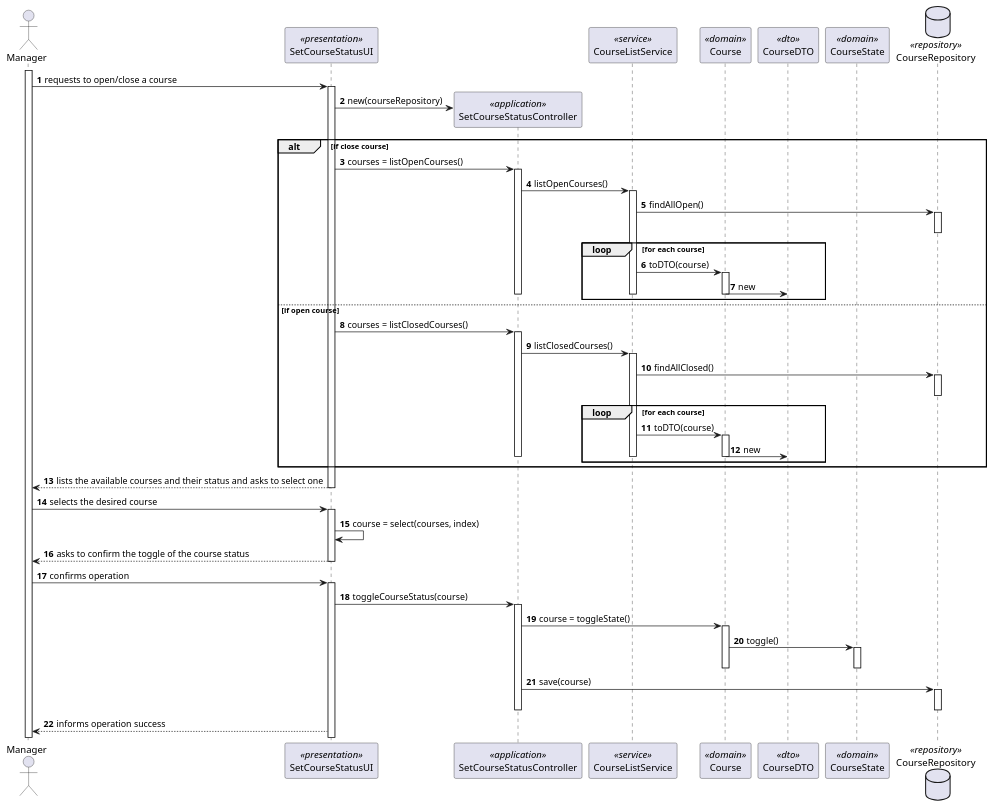
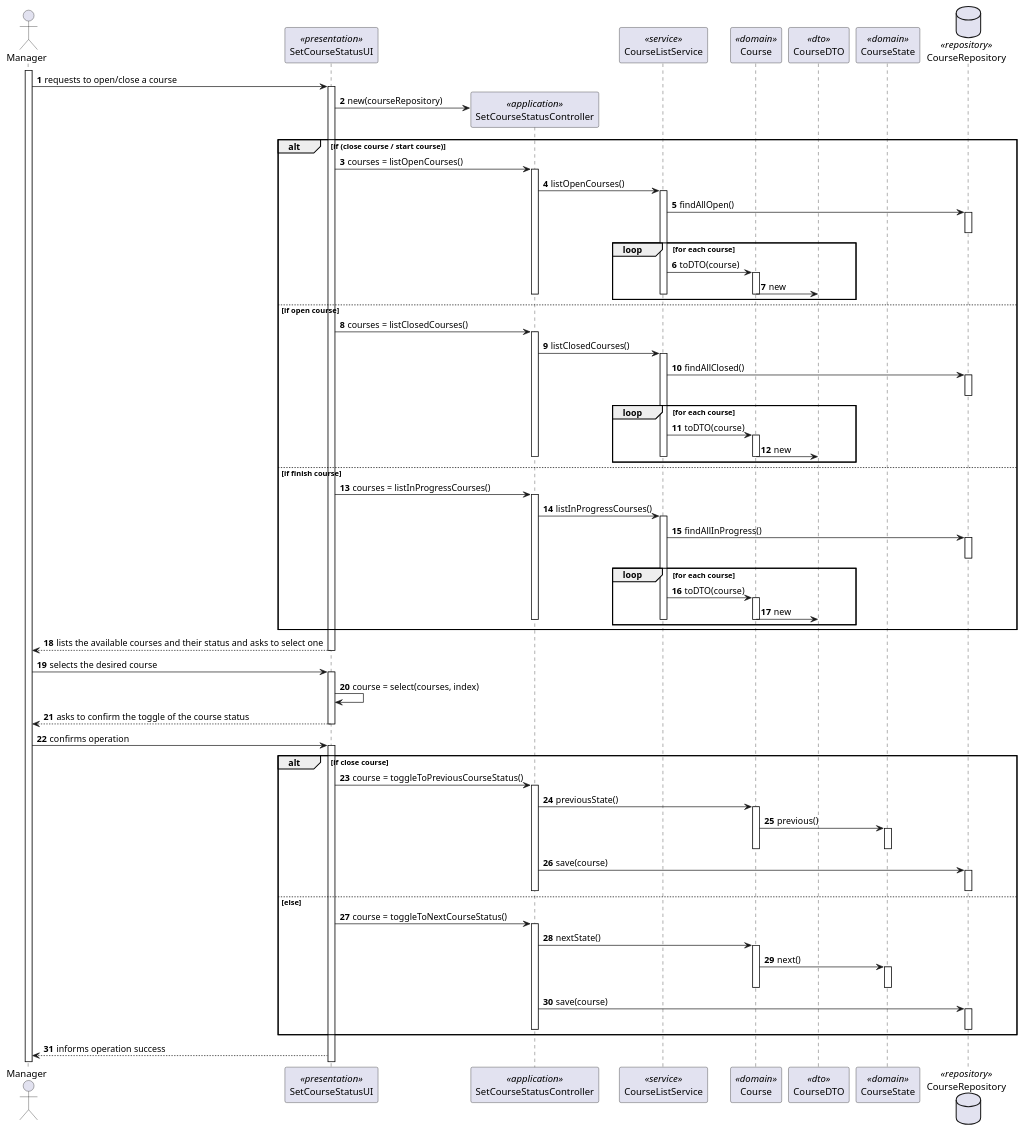
Before and after one commit to miseEnPlace-dev/lapr4: the diagram in docs/sprint-b/us10-1004/US1004_SD.puml, drawn with PlantUML.

Commit message:
feat: updated SD (#34)

```diff
--- a/docs/sprint-b/us10-1004/US1004_SD.puml
+++ b/docs/sprint-b/us10-1004/US1004_SD.puml
@@ -1,97 +1,122 @@
 @startuml US1004_SD
 autonumber
 
 actor "Manager" as M
 
 participant "SetCourseStatusUI" as UI <<presentation>>
 participant "SetCourseStatusController" as CTRL <<application>>
 participant "CourseListService" as SRV <<service>>
 participant "Course" as Course <<domain>>
 participant "CourseDTO" as DTO <<dto>>
 participant "CourseState" as CourseState <<domain>>
 
 
 database CourseRepository as REPO <<repository>>
 
 activate M
 
 M -> UI: requests to open/close a course
 
 activate UI
 
 UI -> CTRL**: new(courseRepository)
 
-alt if close course
+alt if (close course / start course)
   UI -> CTRL: courses = listOpenCourses()
   activate CTRL
   CTRL -> SRV: listOpenCourses()
   activate SRV
   SRV -> REPO: findAllOpen()
     activate REPO
     deactivate REPO
   loop for each course
     SRV -> Course : toDTO(course)
     activate Course
     Course -> DTO : new
     deactivate SRV
     deactivate Course
     deactivate CTRL
   end loop
 else if open course
   UI -> CTRL: courses = listClosedCourses()
   activate CTRL
   CTRL -> SRV: listClosedCourses()
   activate SRV
   SRV -> REPO: findAllClosed()
   activate REPO
   deactivate REPO
   loop for each course
     SRV -> Course : toDTO(course)
     activate Course
     Course -> DTO : new
     deactivate SRV
     deactivate Course
     deactivate CTRL
   end loop
+ else if finish course
+  UI -> CTRL: courses = listInProgressCourses()
+    activate CTRL
+    CTRL -> SRV: listInProgressCourses()
+    activate SRV
+    SRV -> REPO: findAllInProgress()
+    activate REPO
+    deactivate REPO
+    loop for each course
+      SRV -> Course : toDTO(course)
+      activate Course
+      Course -> DTO : new
+      deactivate SRV
+      deactivate Course
+      deactivate CTRL
+    end loop
 end
+
 
 UI --> M: lists the available courses and their status and asks to select one
 
 deactivate UI
 
 M -> UI: selects the desired course
 
 activate UI
 
 UI -> UI: course = select(courses, index)
 UI --> M: asks to confirm the toggle of the course status
 
 deactivate UI
 
 M -> UI: confirms operation
 
 activate UI
 
-UI -> CTRL: toggleCourseStatus(course)
-
-activate CTRL
-
-CTRL -> Course: course = toggleState()
-
-activate Course
-
-Course -> CourseState: toggle()
-
-activate CourseState
-deactivate CourseState
-deactivate Course
-
-CTRL -> REPO: save(course)
-
-activate REPO
-deactivate REPO
-deactivate CTRL
+alt if close course
+  UI -> CTRL: course = toggleToPreviousCourseStatus()
+  activate CTRL
+  CTRL -> Course: previousState()
+  activate Course
+  Course -> CourseState: previous()
+  activate CourseState
+  deactivate CourseState
+  deactivate Course
+  CTRL -> REPO: save(course)
+  activate REPO
+  deactivate REPO
+  deactivate CTRL
+else else
+  UI -> CTRL: course = toggleToNextCourseStatus()
+  activate CTRL
+    CTRL -> Course: nextState()
+    activate Course
+    Course -> CourseState: next()
+    activate CourseState
+    deactivate CourseState
+    deactivate Course
+    CTRL -> REPO: save(course)
+    activate REPO
+    deactivate REPO
+    deactivate CTRL
+end
 
 UI --> M: informs operation success
 
 @enduml
```
